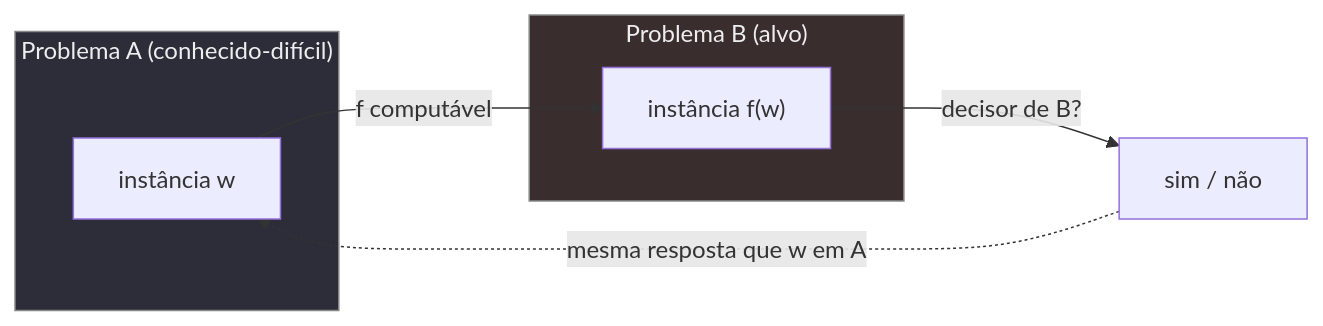
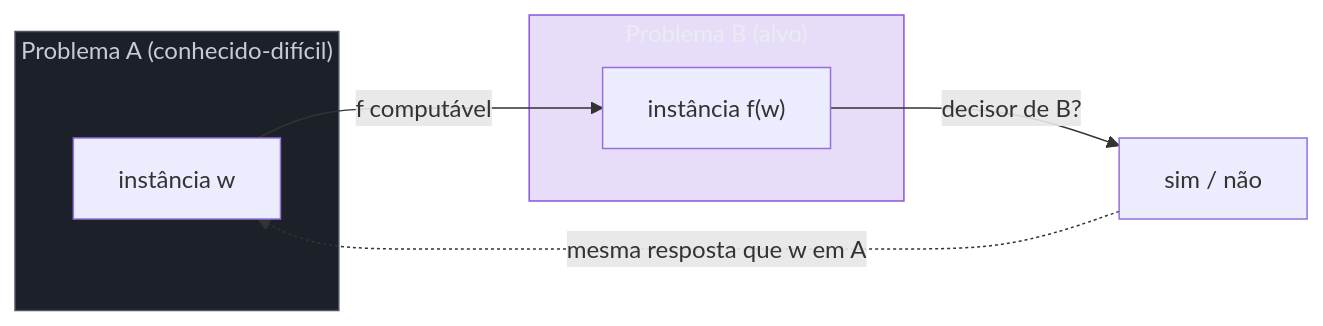
One commit to josenaldo/codex-technomanticus changed the first of 3 diagrams in 03-Dominios/Ciência/Teoria da Computação/12 - Reduções e indecidibilidade em cascata.md. Above: the diagram before and after it, drawn with Mermaid. The commit also changed other lines of this file and 1181 other files, not shown here.

First line of the commit message:
fix(diagramas): paleta do sistema no lugar de cor cravada no markdown

````diff
--- a/03-Dominios/Ciência/Teoria da Computação/12 - Reduções e indecidibilidade em cascata.md
+++ b/03-Dominios/Ciência/Teoria da Computação/12 - Reduções e indecidibilidade em cascata.md
@@ -87,15 +87,17 @@
 ```mermaid
 flowchart LR
+    classDef neutro fill:#1B2029,stroke:#4E5666,color:#C6CCD8
+    classDef marca fill:#8855DF33,stroke:#8855DF,color:#E9ECF2
     subgraph A["Problema A (conhecido-difícil)"]
         w["instância w"]
     end
     subgraph B["Problema B (alvo)"]
         fw["instância f(w)"]
     end
     w -->|"f computável"| fw
     fw -->|"decisor de B?"| ans["sim / não"]
     ans -.->|"mesma resposta que w em A"| w
 
-    style A fill:#2d2d3a,stroke:#888,color:#eee
-    style B fill:#3a2d2d,stroke:#888,color:#eee
+    class A neutro
+    class B marca
 ```
````
